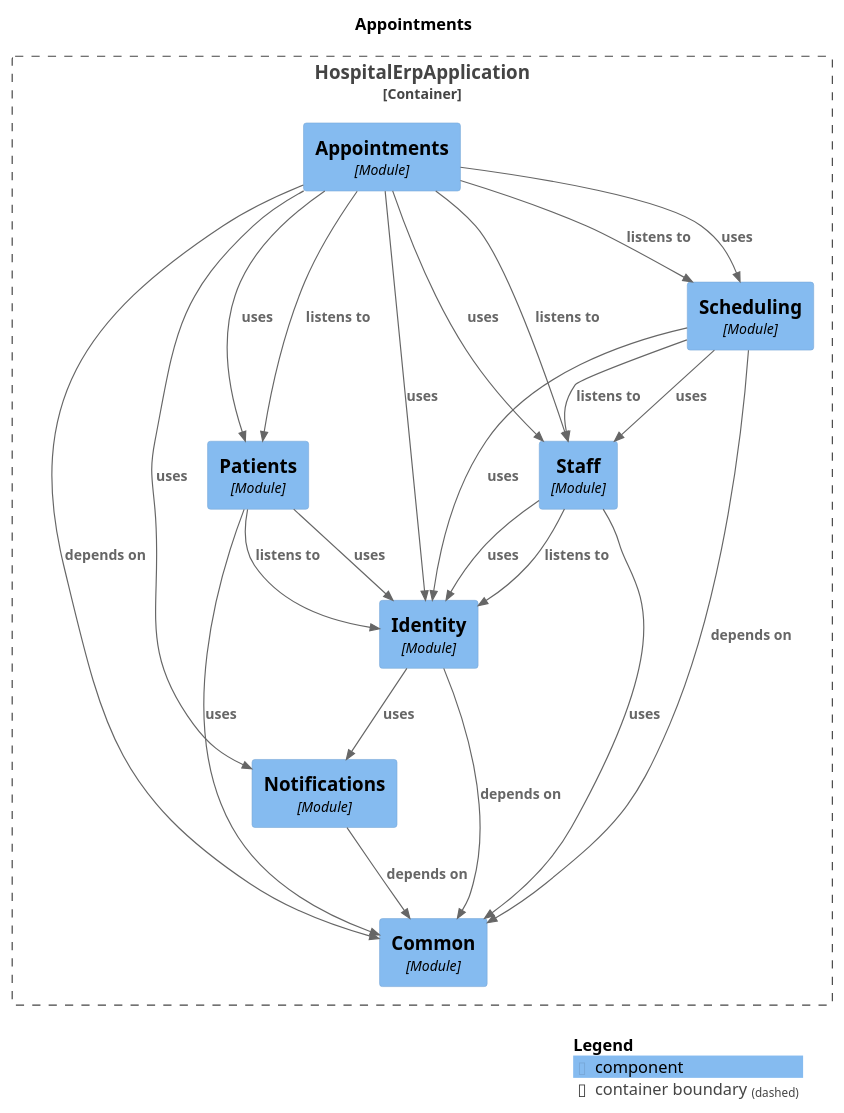
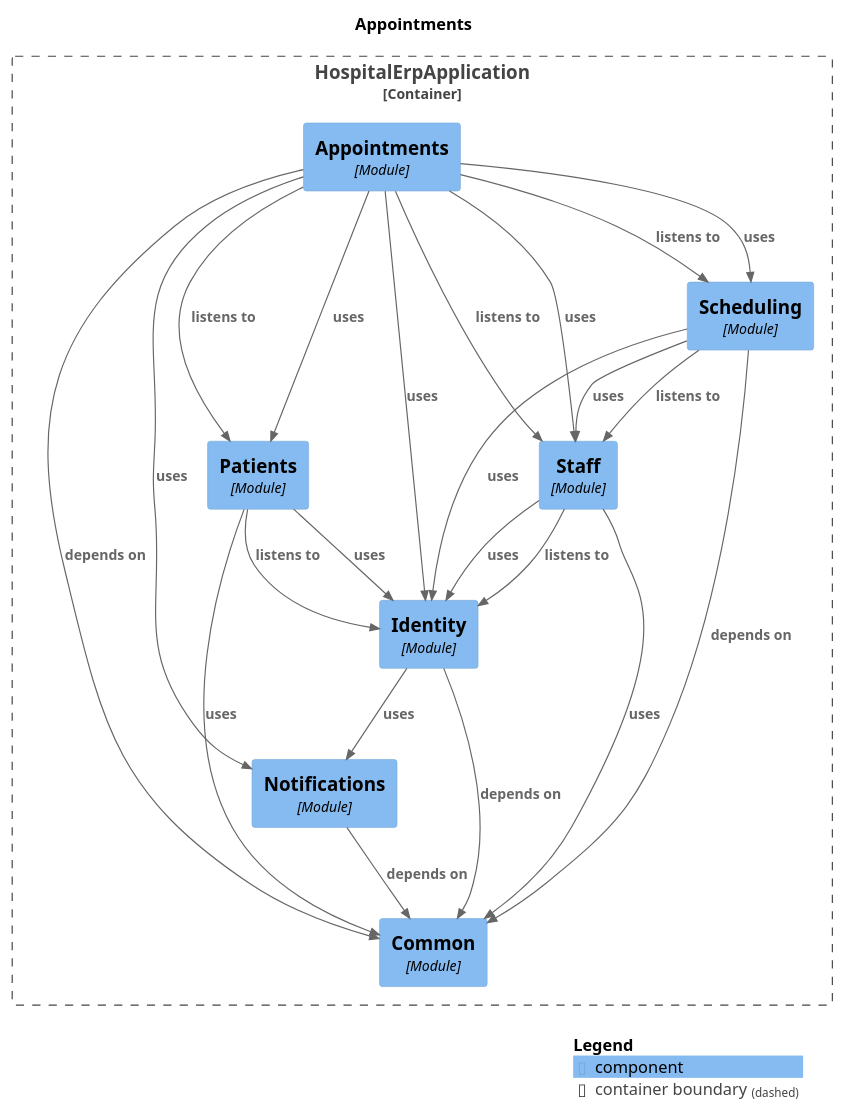
The diagram in docs/modules/module-appointments.puml (harshsharma5720/HospitalERP), drawn with PlantUML before and after one commit. The commit also changed other lines of this file and 33 other files, not shown here.

```diff
--- a/docs/modules/module-appointments.puml
+++ b/docs/modules/module-appointments.puml
@@ -1,45 +1,45 @@
 @startuml
 set separator none
 title Appointments
 
 top to bottom direction
 
 !include <C4/C4>
 !include <C4/C4_Context>
 !include <C4/C4_Component>
 
 Container_Boundary("HospitalErpApplication.HospitalErpApplication_boundary", "HospitalErpApplication", $tags="") {
-  Component(HospitalErpApplication.HospitalErpApplication.Scheduling, "Scheduling", $techn="Module", $descr="", $tags="", $link="")
   Component(HospitalErpApplication.HospitalErpApplication.Appointments, "Appointments", $techn="Module", $descr="", $tags="", $link="")
   Component(HospitalErpApplication.HospitalErpApplication.Common, "Common", $techn="Module", $descr="", $tags="", $link="")
   Component(HospitalErpApplication.HospitalErpApplication.Notifications, "Notifications", $techn="Module", $descr="", $tags="", $link="")
   Component(HospitalErpApplication.HospitalErpApplication.Identity, "Identity", $techn="Module", $descr="", $tags="", $link="")
   Component(HospitalErpApplication.HospitalErpApplication.Staff, "Staff", $techn="Module", $descr="", $tags="", $link="")
   Component(HospitalErpApplication.HospitalErpApplication.Patients, "Patients", $techn="Module", $descr="", $tags="", $link="")
+  Component(HospitalErpApplication.HospitalErpApplication.Scheduling, "Scheduling", $techn="Module", $descr="", $tags="", $link="")
 }
 
-Rel(HospitalErpApplication.HospitalErpApplication.Notifications, HospitalErpApplication.HospitalErpApplication.Common, "depends on", $techn="", $tags="", $link="")
-Rel(HospitalErpApplication.HospitalErpApplication.Scheduling, HospitalErpApplication.HospitalErpApplication.Staff, "listens to", $techn="", $tags="", $link="")
-Rel(HospitalErpApplication.HospitalErpApplication.Scheduling, HospitalErpApplication.HospitalErpApplication.Common, "depends on", $techn="", $tags="", $link="")
-Rel(HospitalErpApplication.HospitalErpApplication.Scheduling, HospitalErpApplication.HospitalErpApplication.Staff, "uses", $techn="", $tags="", $link="")
-Rel(HospitalErpApplication.HospitalErpApplication.Scheduling, HospitalErpApplication.HospitalErpApplication.Identity, "uses", $techn="", $tags="", $link="")
-Rel(HospitalErpApplication.HospitalErpApplication.Patients, HospitalErpApplication.HospitalErpApplication.Identity, "listens to", $techn="", $tags="", $link="")
-Rel(HospitalErpApplication.HospitalErpApplication.Patients, HospitalErpApplication.HospitalErpApplication.Identity, "uses", $techn="", $tags="", $link="")
-Rel(HospitalErpApplication.HospitalErpApplication.Patients, HospitalErpApplication.HospitalErpApplication.Common, "uses", $techn="", $tags="", $link="")
-Rel(HospitalErpApplication.HospitalErpApplication.Staff, HospitalErpApplication.HospitalErpApplication.Identity, "listens to", $techn="", $tags="", $link="")
-Rel(HospitalErpApplication.HospitalErpApplication.Staff, HospitalErpApplication.HospitalErpApplication.Identity, "uses", $techn="", $tags="", $link="")
-Rel(HospitalErpApplication.HospitalErpApplication.Staff, HospitalErpApplication.HospitalErpApplication.Common, "uses", $techn="", $tags="", $link="")
 Rel(HospitalErpApplication.HospitalErpApplication.Appointments, HospitalErpApplication.HospitalErpApplication.Staff, "listens to", $techn="", $tags="", $link="")
 Rel(HospitalErpApplication.HospitalErpApplication.Appointments, HospitalErpApplication.HospitalErpApplication.Patients, "listens to", $techn="", $tags="", $link="")
 Rel(HospitalErpApplication.HospitalErpApplication.Appointments, HospitalErpApplication.HospitalErpApplication.Scheduling, "listens to", $techn="", $tags="", $link="")
 Rel(HospitalErpApplication.HospitalErpApplication.Appointments, HospitalErpApplication.HospitalErpApplication.Common, "depends on", $techn="", $tags="", $link="")
 Rel(HospitalErpApplication.HospitalErpApplication.Appointments, HospitalErpApplication.HospitalErpApplication.Patients, "uses", $techn="", $tags="", $link="")
 Rel(HospitalErpApplication.HospitalErpApplication.Appointments, HospitalErpApplication.HospitalErpApplication.Staff, "uses", $techn="", $tags="", $link="")
 Rel(HospitalErpApplication.HospitalErpApplication.Appointments, HospitalErpApplication.HospitalErpApplication.Scheduling, "uses", $techn="", $tags="", $link="")
 Rel(HospitalErpApplication.HospitalErpApplication.Appointments, HospitalErpApplication.HospitalErpApplication.Identity, "uses", $techn="", $tags="", $link="")
 Rel(HospitalErpApplication.HospitalErpApplication.Appointments, HospitalErpApplication.HospitalErpApplication.Notifications, "uses", $techn="", $tags="", $link="")
 Rel(HospitalErpApplication.HospitalErpApplication.Identity, HospitalErpApplication.HospitalErpApplication.Common, "depends on", $techn="", $tags="", $link="")
 Rel(HospitalErpApplication.HospitalErpApplication.Identity, HospitalErpApplication.HospitalErpApplication.Notifications, "uses", $techn="", $tags="", $link="")
+Rel(HospitalErpApplication.HospitalErpApplication.Scheduling, HospitalErpApplication.HospitalErpApplication.Staff, "listens to", $techn="", $tags="", $link="")
+Rel(HospitalErpApplication.HospitalErpApplication.Scheduling, HospitalErpApplication.HospitalErpApplication.Common, "depends on", $techn="", $tags="", $link="")
+Rel(HospitalErpApplication.HospitalErpApplication.Scheduling, HospitalErpApplication.HospitalErpApplication.Staff, "uses", $techn="", $tags="", $link="")
+Rel(HospitalErpApplication.HospitalErpApplication.Scheduling, HospitalErpApplication.HospitalErpApplication.Identity, "uses", $techn="", $tags="", $link="")
+Rel(HospitalErpApplication.HospitalErpApplication.Notifications, HospitalErpApplication.HospitalErpApplication.Common, "depends on", $techn="", $tags="", $link="")
+Rel(HospitalErpApplication.HospitalErpApplication.Staff, HospitalErpApplication.HospitalErpApplication.Identity, "listens to", $techn="", $tags="", $link="")
+Rel(HospitalErpApplication.HospitalErpApplication.Staff, HospitalErpApplication.HospitalErpApplication.Identity, "uses", $techn="", $tags="", $link="")
+Rel(HospitalErpApplication.HospitalErpApplication.Staff, HospitalErpApplication.HospitalErpApplication.Common, "uses", $techn="", $tags="", $link="")
+Rel(HospitalErpApplication.HospitalErpApplication.Patients, HospitalErpApplication.HospitalErpApplication.Identity, "listens to", $techn="", $tags="", $link="")
+Rel(HospitalErpApplication.HospitalErpApplication.Patients, HospitalErpApplication.HospitalErpApplication.Identity, "uses", $techn="", $tags="", $link="")
+Rel(HospitalErpApplication.HospitalErpApplication.Patients, HospitalErpApplication.HospitalErpApplication.Common, "uses", $techn="", $tags="", $link="")
 
 SHOW_LEGEND(true)
 @enduml
```
